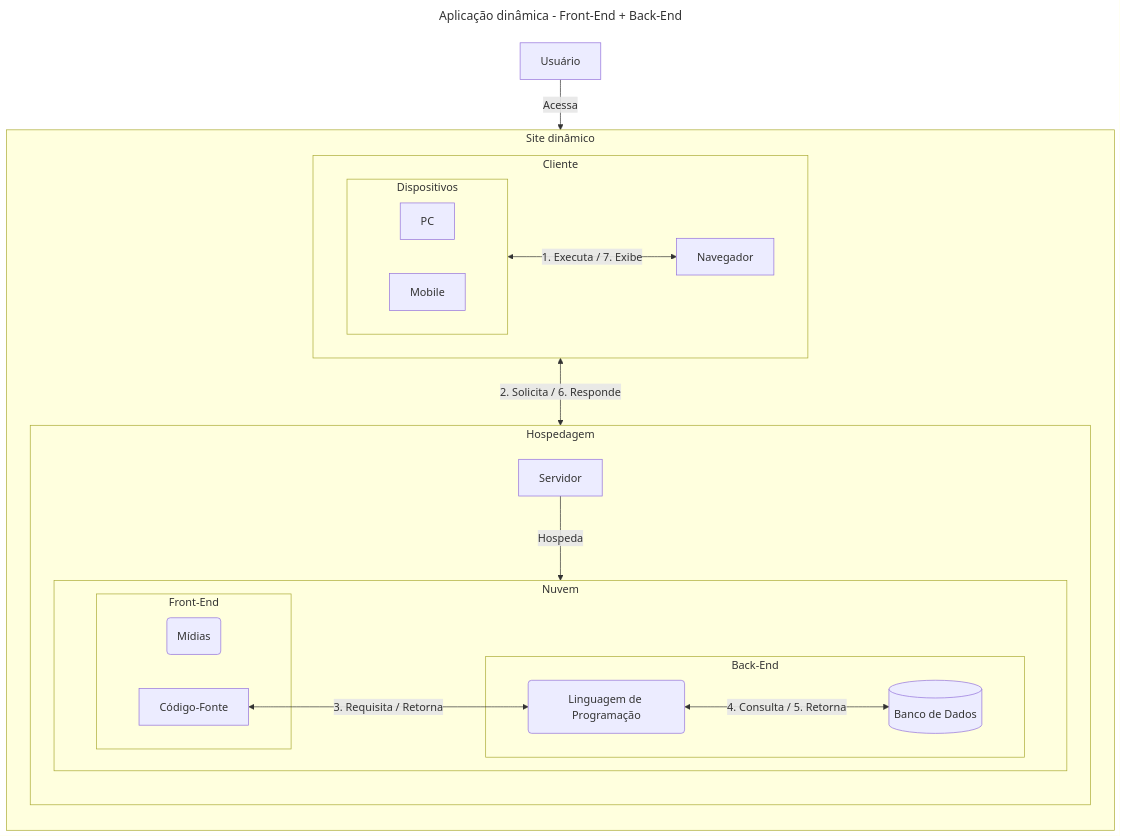
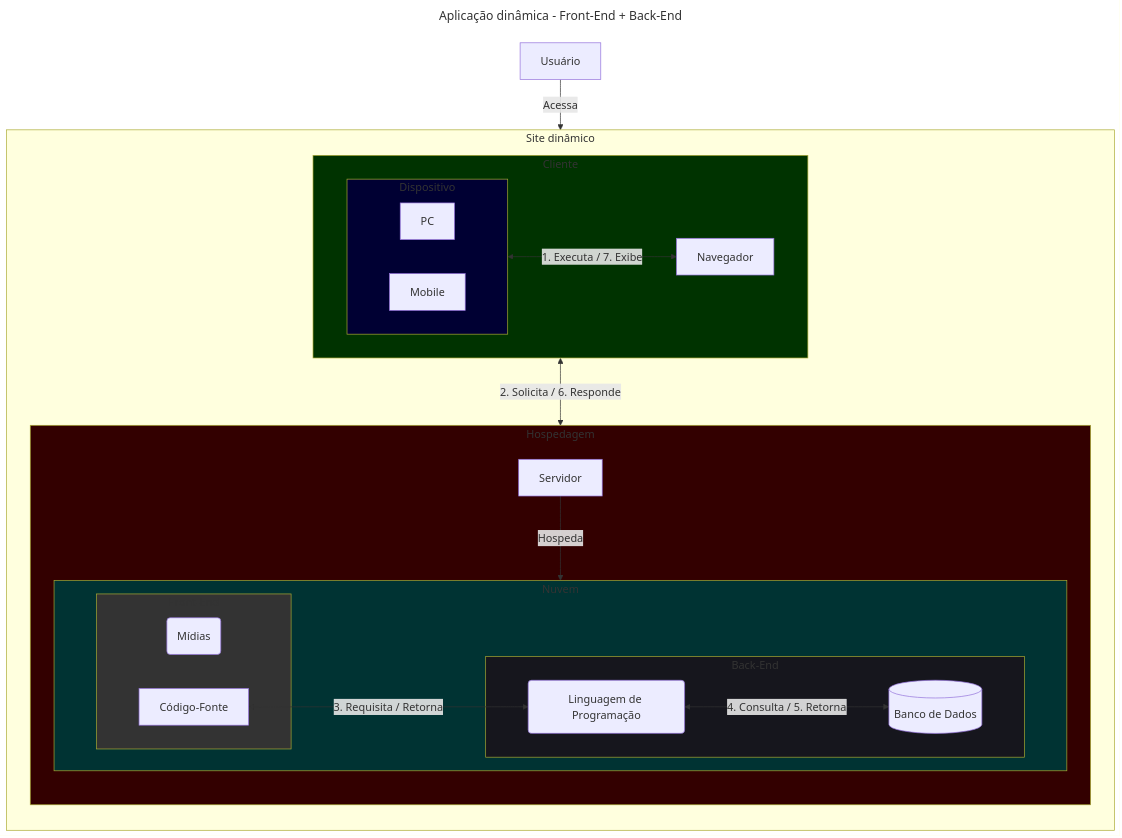
The second of 2 diagrams in README.md (dev-alexmachado/guia_rapido_aplicacoes_web), drawn with Mermaid before and after one commit. The commit also changed other lines of this file, not shown here.

Commit message:
Updated: diagramas cores

```diff
--- a/README.md
+++ b/README.md
@@ -92,41 +97,48 @@
 ~~~mermaid
 ---
 title: Aplicação dinâmica - Front-End + Back-End
 ---
 graph TD
     Usuário -- Acessa --> Sistema
 
     subgraph Sistema [Site dinâmico]
         direction TD
 
         subgraph Hospedagem
             direction TD
             Servidor -- Hospeda --> Nuvem
 
             subgraph Nuvem
             direction LR
                 subgraph Back-End
                     Linguagem(Linguagem de Programação) <-- 4. Consulta / 5. Retorna --> BD[(Banco de Dados)]
                 end
                 subgraph Front-End
                     Mídia(Mídias)
                     Código-Fonte
                 end
 
                 Código-Fonte <-- 3. Requisita / Retorna --> Linguagem
             end
         end
 
         Cliente <-- 2. Solicita / 6. Responde --> Hospedagem
 
         subgraph Cliente
             direction LR
-            subgraph Dispositivos
+            subgraph Dispositivo
                 PC
                 Mobile
             end
             
-            Dispositivos <-- 1. Executa / 7. Exibe --> Navegador
+            Dispositivo <-- 1. Executa / 7. Exibe --> Navegador
         end
     end
+
+    style Cliente fill: #030
+    style Dispositivo fill: #003
+    style Hospedagem fill: #300
+    style Nuvem fill: #033
+    style Front-End fill: #333
+    style Back-End fill: #16161d
 ~~~
```
